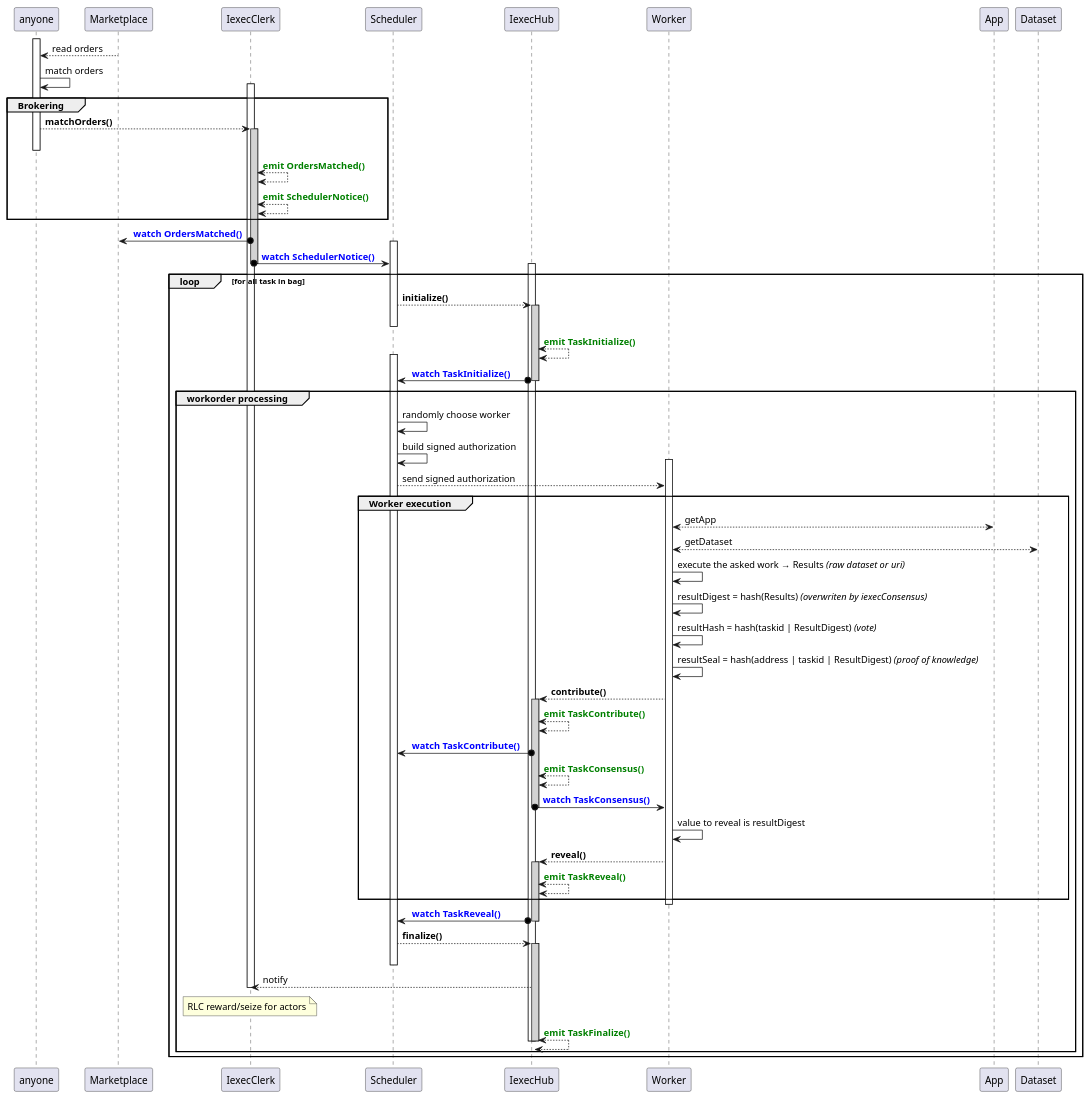
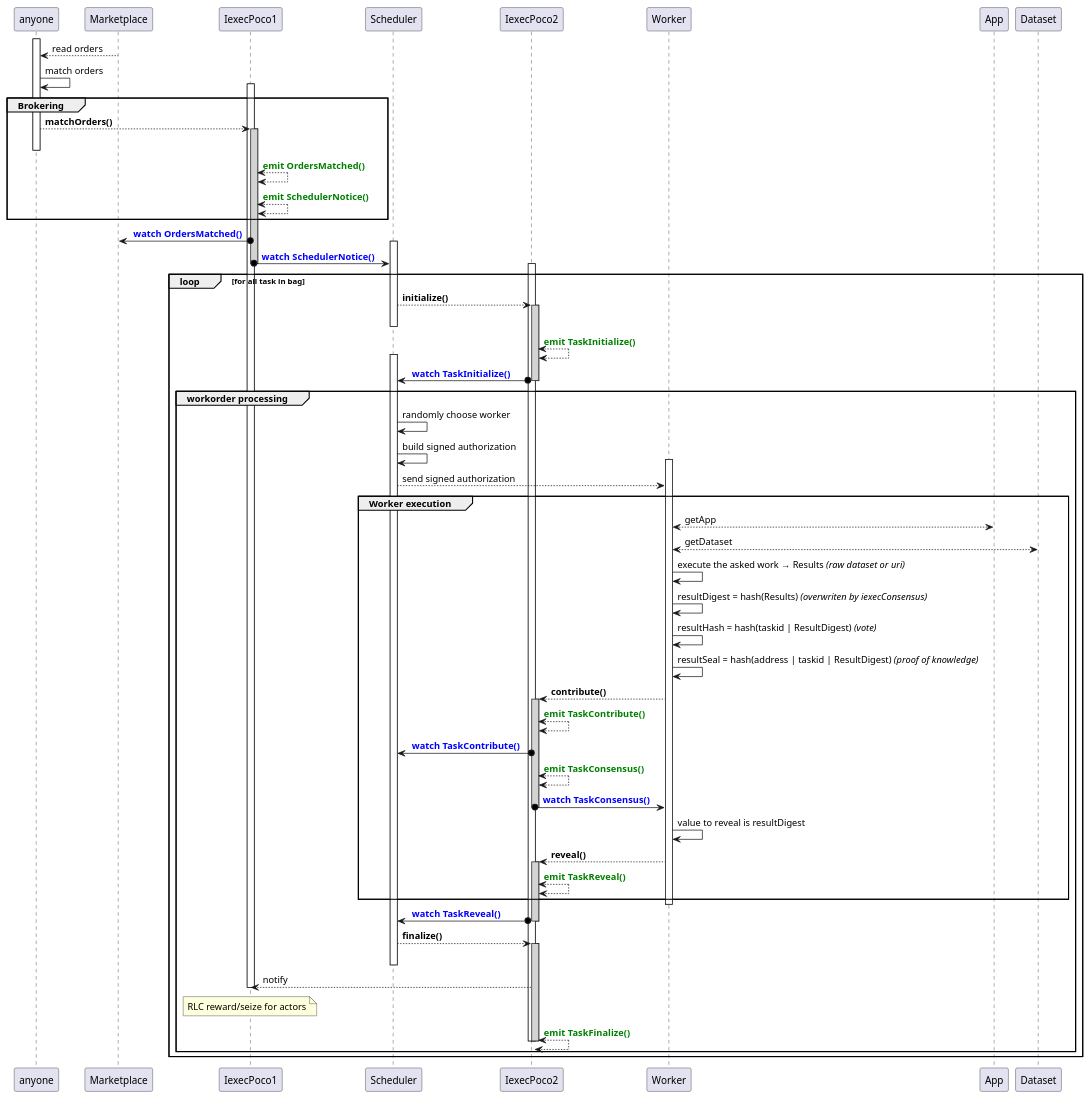
The diagram in uml/nominalworkflow-ODB-2a-match2finalize-classic.puml (iExecBlockchainComputing/PoCo), drawn with PlantUML before and after one commit. The commit also changed 6 other files, not shown here.

Commit message:
Rename IexecClerk/IexecHub to IexecPoco1/IexecPoco2 in uml dir

```diff
--- a/uml/nominalworkflow-ODB-2a-match2finalize-classic.puml
+++ b/uml/nominalworkflow-ODB-2a-match2finalize-classic.puml
@@ -1,76 +1,76 @@
 @startuml
 
 activate anyone
 Marketplace --> anyone  : read orders
 anyone -> anyone : match orders
-activate IexecClerk
+activate IexecPoco1
 
 group Brokering
-	anyone --> IexecClerk : <b>matchOrders()
-	activate IexecClerk #lightgrey
+	anyone --> IexecPoco1 : <b>matchOrders()
+	activate IexecPoco1 #lightgrey
 	deactivate anyone
-	IexecClerk <--> IexecClerk : <font color=green><b>emit OrdersMatched()
-	IexecClerk <--> IexecClerk : <font color=green><b>emit SchedulerNotice()
+	IexecPoco1 <--> IexecPoco1 : <font color=green><b>emit OrdersMatched()
+	IexecPoco1 <--> IexecPoco1 : <font color=green><b>emit SchedulerNotice()
 end
 
-IexecClerk o-> Marketplace : <font color=blue><b> watch OrdersMatched()
+IexecPoco1 o-> Marketplace : <font color=blue><b> watch OrdersMatched()
 deactivate Marketplace
 activate Scheduler
-IexecClerk o-> Scheduler : <font color=blue><b> watch SchedulerNotice()
-deactivate IexecClerk
+IexecPoco1 o-> Scheduler : <font color=blue><b> watch SchedulerNotice()
+deactivate IexecPoco1
 
 loop for all task in bag
 
-	activate IexecHub
-	Scheduler --> IexecHub : <b>initialize()
-	activate IexecHub #lightgrey
+	activate IexecPoco2
+	Scheduler --> IexecPoco2 : <b>initialize()
+	activate IexecPoco2 #lightgrey
 	deactivate Scheduler
-	IexecHub <--> IexecHub : <font color=green><b>emit TaskInitialize()
+	IexecPoco2 <--> IexecPoco2 : <font color=green><b>emit TaskInitialize()
 	activate Scheduler
-	IexecHub o-> Scheduler : <font color=blue><b> watch TaskInitialize()
-	deactivate IexecHub
+	IexecPoco2 o-> Scheduler : <font color=blue><b> watch TaskInitialize()
+	deactivate IexecPoco2
 
 	group workorder processing
 		Scheduler -> Scheduler : randomly choose worker
 		Scheduler -> Scheduler : build signed authorization
 		activate Worker
 		Scheduler --> Worker : send signed authorization
 
 		group Worker execution
 			Worker  <--> App : getApp
 			Worker  <--> Dataset : getDataset
 			Worker -> Worker : execute the asked work → Results //(raw dataset or uri)//
 			Worker -> Worker : resultDigest = hash(Results) //(overwriten by iexecConsensus)//
 			Worker -> Worker : resultHash = hash(taskid | ResultDigest) //(vote)//
 			Worker -> Worker : resultSeal = hash(address | taskid | ResultDigest) //(proof of knowledge)//
-			Worker --> IexecHub : <b>contribute()
-			activate IexecHub #lightgrey
-			IexecHub <--> IexecHub : <font color=green><b>emit TaskContribute()
-			IexecHub o-> Scheduler : <font color=blue><b> watch TaskContribute()
-			IexecHub <--> IexecHub : <font color=green><b>emit TaskConsensus()
-			IexecHub o-> Worker : <font color=blue><b> watch TaskConsensus()
-			deactivate IexecHub
+			Worker --> IexecPoco2 : <b>contribute()
+			activate IexecPoco2 #lightgrey
+			IexecPoco2 <--> IexecPoco2 : <font color=green><b>emit TaskContribute()
+			IexecPoco2 o-> Scheduler : <font color=blue><b> watch TaskContribute()
+			IexecPoco2 <--> IexecPoco2 : <font color=green><b>emit TaskConsensus()
+			IexecPoco2 o-> Worker : <font color=blue><b> watch TaskConsensus()
+			deactivate IexecPoco2
 			Worker -> Worker : value to reveal is resultDigest
-			Worker --> IexecHub : <b>reveal()
-			activate IexecHub #lightgrey
-			IexecHub <--> IexecHub : <font color=green><b>emit TaskReveal()
+			Worker --> IexecPoco2 : <b>reveal()
+			activate IexecPoco2 #lightgrey
+			IexecPoco2 <--> IexecPoco2 : <font color=green><b>emit TaskReveal()
 			end
 
 		deactivate  Worker
 
-		IexecHub o-> Scheduler : <font color=blue><b> watch TaskReveal()
-		deactivate IexecHub
-		Scheduler --> IexecHub : <b>finalize()
-		activate IexecHub #lightgrey
+		IexecPoco2 o-> Scheduler : <font color=blue><b> watch TaskReveal()
+		deactivate IexecPoco2
+		Scheduler --> IexecPoco2 : <b>finalize()
+		activate IexecPoco2 #lightgrey
 		deactivate Scheduler
-		IexecHub --> IexecClerk : notify
-		note over IexecClerk : RLC reward/seize for actors
-		deactivate IexecClerk
-		IexecHub <--> IexecHub : <font color=green><b>emit TaskFinalize()
-		deactivate IexecHub
-		deactivate IexecHub
+		IexecPoco2 --> IexecPoco1 : notify
+		note over IexecPoco1 : RLC reward/seize for actors
+		deactivate IexecPoco1
+		IexecPoco2 <--> IexecPoco2 : <font color=green><b>emit TaskFinalize()
+		deactivate IexecPoco2
+		deactivate IexecPoco2
 
 	end
 end
 
 @enduml
```
